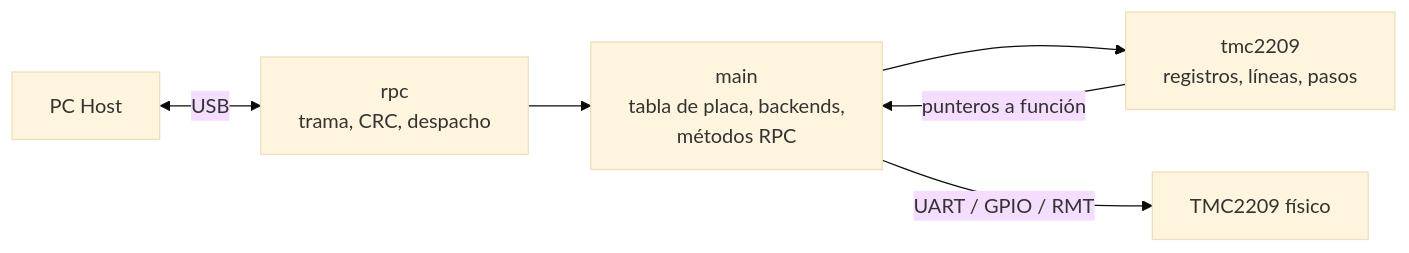
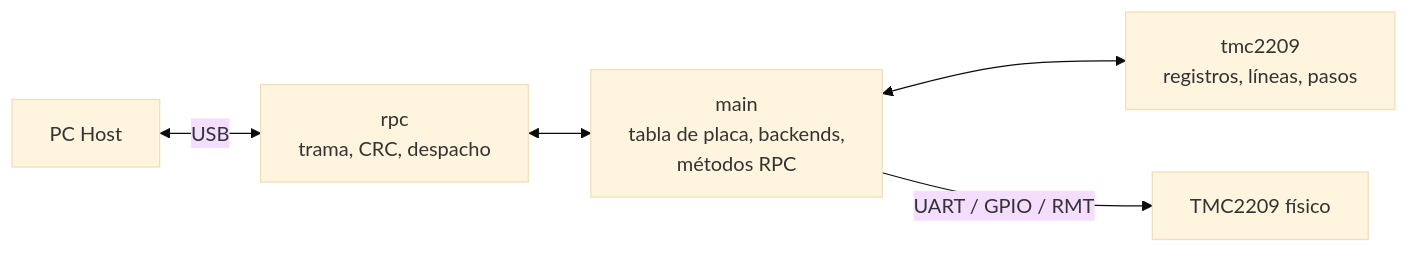
The first of 5 diagrams in firmware/docs/README.md (stefaema/STEF), drawn with Mermaid (base theme) before and after one commit. The commit also changed other lines of this file and 1 other file, not shown here.

Commit message:
firmware: Add refactor note for RPC system and main II readme.md entry

````diff
--- a/firmware/docs/README.md
+++ b/firmware/docs/README.md
@@ -13,8 +13,7 @@
 ```mermaid
 flowchart LR
     PC[PC Host] <-->|USB| RPC[rpc<br/>trama, CRC, despacho]
-    RPC --> MAIN[main<br/>tabla de placa, backends,<br/>métodos RPC]
-    MAIN --> TMC[tmc2209<br/>registros, líneas, pasos]
-    TMC -->|punteros a función| MAIN
+    RPC <--> MAIN[main<br/>tabla de placa, backends,<br/>métodos RPC]
+    MAIN <--> TMC[tmc2209<br/>registros, líneas, pasos]
     MAIN -->|UART / GPIO / RMT| HW[TMC2209 físico]
 ```
````
